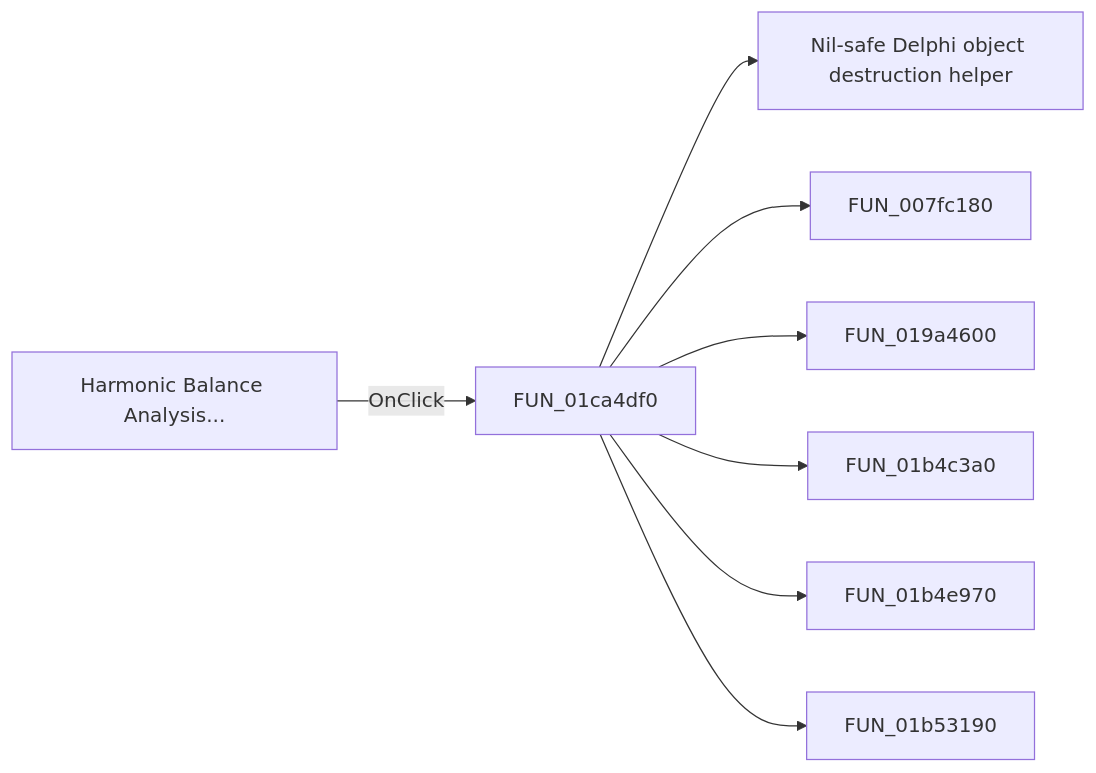
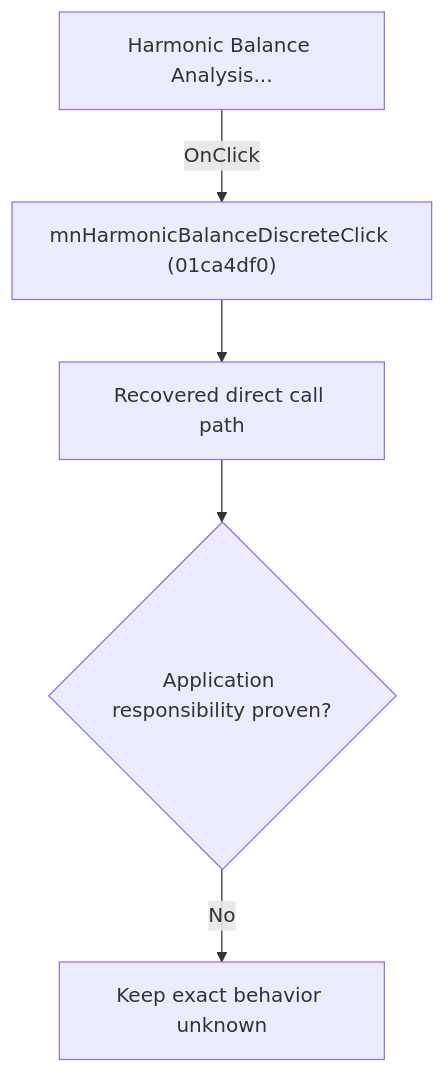
Before and after one commit to MovGP0/TIARA: the diagram in docs/ui-controls/schematiceditor/mnhbanalysis-00e6f3a13e.md, drawn with Mermaid. The commit also changed other lines of this file and 1062 other files, not shown here.

````diff
--- a/docs/ui-controls/schematiceditor/mnhbanalysis-00e6f3a13e.md
+++ b/docs/ui-controls/schematiceditor/mnhbanalysis-00e6f3a13e.md
@@ -27,10 +27,7 @@
 ```mermaid
-flowchart LR
-    control["Harmonic Balance Analysis..."] -->|OnClick| handler["FUN_01ca4df0"]
-    handler --> call1["Nil-safe Delphi object destruction helper"]
-    handler --> call2["FUN_007fc180"]
-    handler --> call3["FUN_019a4600"]
-    handler --> call4["FUN_01b4c3a0"]
-    handler --> call5["FUN_01b4e970"]
-    handler --> call6["FUN_01b53190"]
+flowchart TD
+    control["Harmonic Balance Analysis..."] -->|"OnClick"| handler["mnHarmonicBalanceDiscreteClick (01ca4df0)"]
+    handler --> recovered["Recovered direct call path"]
+    recovered --> gap{"Application responsibility proven?"}
+    gap -->|"No"| blocked["Keep exact behavior unknown"]
 ```
````
